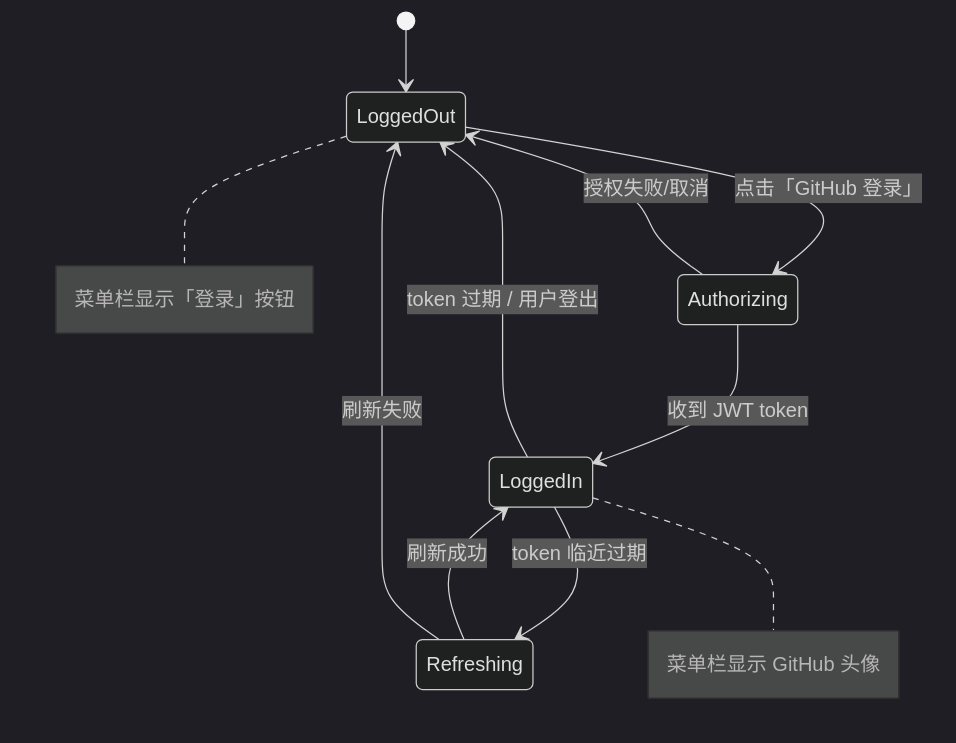
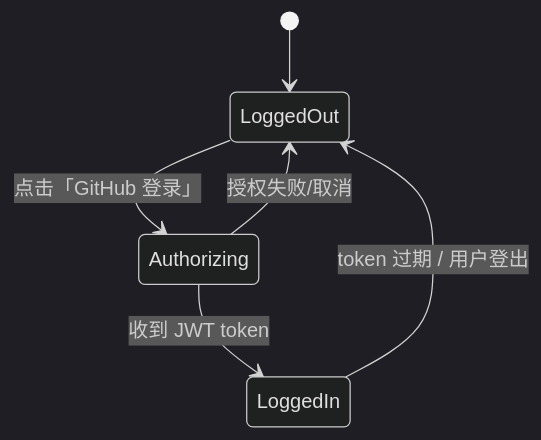
Before and after one commit to muxvo/muxvo: diagram 26 of 26 in PRD.md, drawn with Mermaid (dark theme). The commit also changed other lines of this file, not shown here.

````diff
--- a/PRD.md
+++ b/PRD.md
@@ -987,16 +1052,10 @@
 ```mermaid
 stateDiagram-v2
     [*] --> LoggedOut
 
     LoggedOut --> Authorizing: 点击「GitHub 登录」
     Authorizing --> LoggedIn: 收到 JWT token
     Authorizing --> LoggedOut: 授权失败/取消
 
     LoggedIn --> LoggedOut: token 过期 / 用户登出
-    LoggedIn --> Refreshing: token 临近过期
-    Refreshing --> LoggedIn: 刷新成功
-    Refreshing --> LoggedOut: 刷新失败
-
-    note right of LoggedOut: 菜单栏显示「登录」按钮
-    note right of LoggedIn: 菜单栏显示 GitHub 头像
 ```
````
